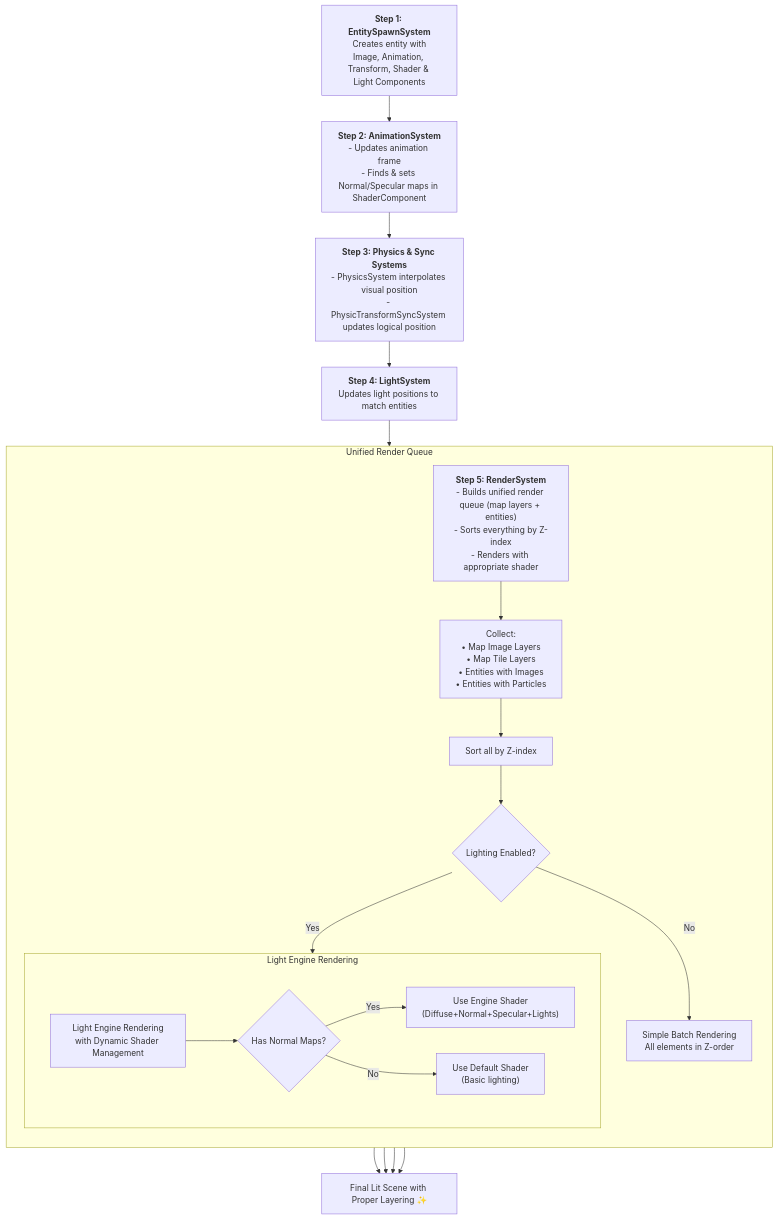
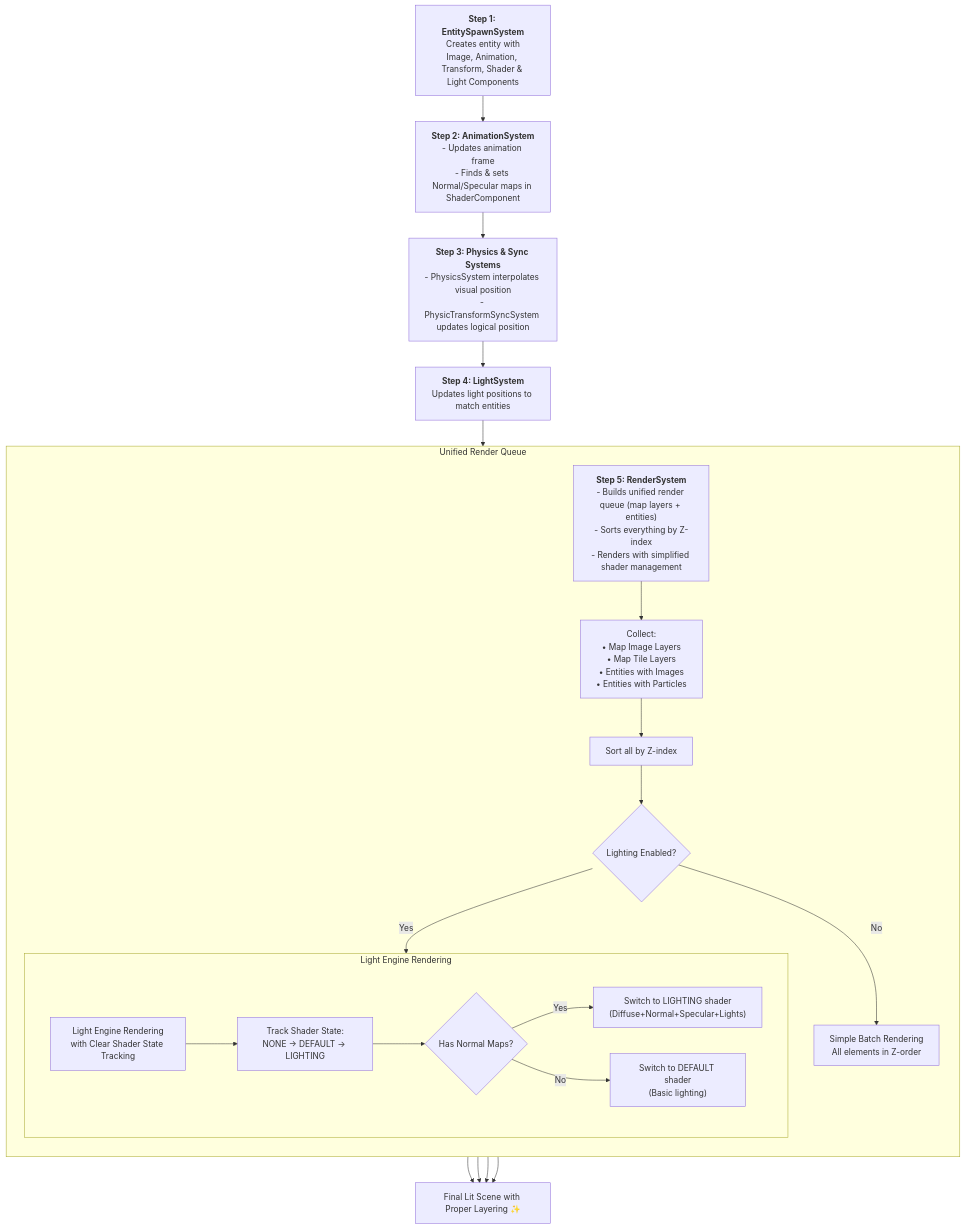
The diagram in docs/graphics.md (BennyOe/fromDuckTillDawn), drawn with Mermaid before and after one commit. The commit also changed other lines of this file and 1 other file, not shown here.

Commit message:
fixed flipping bug when not using lightEngine

````diff
--- a/docs/graphics.md
+++ b/docs/graphics.md
@@ -131,29 +161,30 @@
 ```mermaid
 graph TD
     A["<b>Step 1: EntitySpawnSystem</b><br/>Creates entity with<br/>Image, Animation, Transform, Shader & Light Components"] --> B;
     B["<b>Step 2: AnimationSystem</b><br/>- Updates animation frame<br/>- Finds & sets Normal/Specular maps in ShaderComponent"] --> C;
     C["<b>Step 3: Physics & Sync Systems</b><br/>- PhysicsSystem interpolates visual position<br/>- PhysicTransformSyncSystem updates logical position"] --> D;
     D["<b>Step 4: LightSystem</b><br/>Updates light positions to match entities"] --> E;
-    E["<b>Step 5: RenderSystem</b><br/>- Builds unified render queue (map layers + entities)<br/>- Sorts everything by Z-index<br/>- Renders with appropriate shader"] --> F;
+    E["<b>Step 5: RenderSystem</b><br/>- Builds unified render queue (map layers + entities)<br/>- Sorts everything by Z-index<br/>- Renders with simplified shader management"] --> F;
     
     subgraph "Unified Render Queue"
         direction TB
         E --> E_0["Collect:<br/>• Map Image Layers<br/>• Map Tile Layers<br/>• Entities with Images<br/>• Entities with Particles"];
         E_0 --> E_1["Sort all by Z-index"];
         E_1 --> E_2{Lighting Enabled?};
         E_2 -- No --> E_3["Simple Batch Rendering<br/>All elements in Z-order"];
-        E_2 -- Yes --> E_4["Light Engine Rendering<br/>with Dynamic Shader Management"];
+        E_2 -- Yes --> E_4["Light Engine Rendering<br/>with Clear Shader State Tracking"];
         
         subgraph "Light Engine Rendering"
             direction LR
-            E_4 --> E_5{Has Normal Maps?};
-            E_5 -- Yes --> E_6["Use Engine Shader<br/>(Diffuse+Normal+Specular+Lights)"];
-            E_5 -- No --> E_7["Use Default Shader<br/>(Basic lighting)"];
+            E_4 --> E_5["Track Shader State:<br/>NONE → DEFAULT → LIGHTING"];
+            E_5 --> E_6{Has Normal Maps?};
+            E_6 -- Yes --> E_7["Switch to LIGHTING shader<br/>(Diffuse+Normal+Specular+Lights)"];
+            E_6 -- No --> E_8["Switch to DEFAULT shader<br/>(Basic lighting)"];
         end
     end
     
     E_3 --> F;
-    E_6 --> F;
     E_7 --> F;
+    E_8 --> F;
     F["Final Lit Scene with Proper Layering ✨"]
 ```
````
